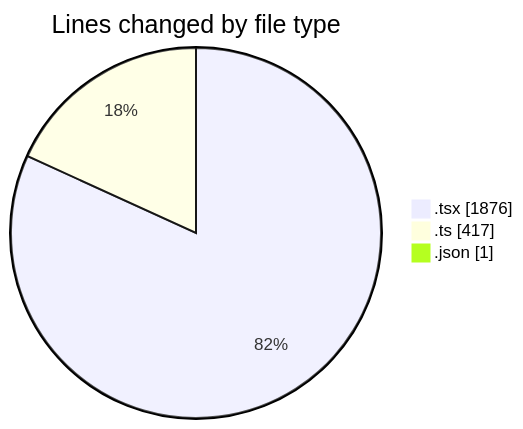
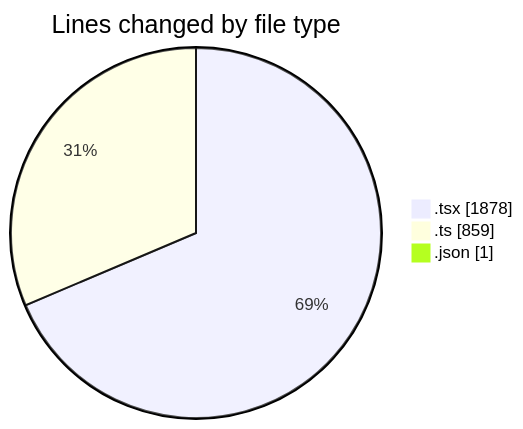
Before and after one commit to julien-gomy/code-tracking: the first of 2 diagrams in 2025-10-08/eventscop-frontend-guide__workspace_/README.md, drawn with Mermaid. The commit also changed other lines of this file and 1 other file, not shown here.

````diff
--- a/2025-10-08/eventscop-frontend-guide__workspace_/README.md
+++ b/2025-10-08/eventscop-frontend-guide__workspace_/README.md
@@ -31,7 +32,7 @@
 ```mermaid
 pie showData
 title Lines changed by file type
-".tsx" : 1876
-".ts" : 417
+".tsx" : 1878
+".ts" : 859
 ".json" : 1
 ```
````
